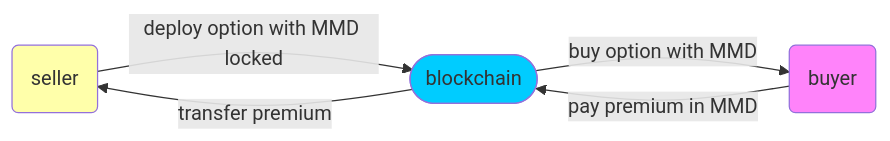
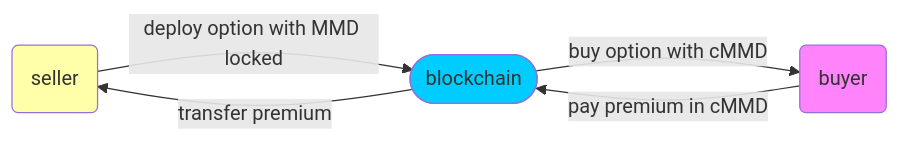
Before and after one commit to Joe-Bradley/S_K: the first of 6 diagrams in README.md, drawn with Mermaid.

````diff
--- a/README.md
+++ b/README.md
@@ -17,11 +17,11 @@
 ```mermaid
 graph LR
 a(seller):::class1 --> |deploy option with MMD locked|b([blockchain]):::class2
-b --> |buy option with MMD|c(buyer):::class4
-c-->|pay premium in MMD|b
+b --> |buy option with cMMD|c(buyer):::class4
+c-->|pay premium in cMMD|b
 b -->|transfer premium|a
 classDef class1 fill:#ffaf;
 classDef class2 fill:#00ccff;
 classDef class3 fill:#ffe7ba;
 classDef class4 fill:#ff83fa;
 ```
````
